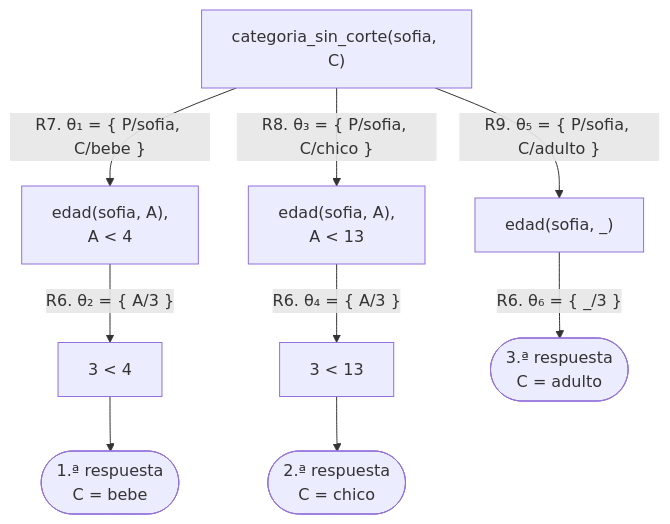
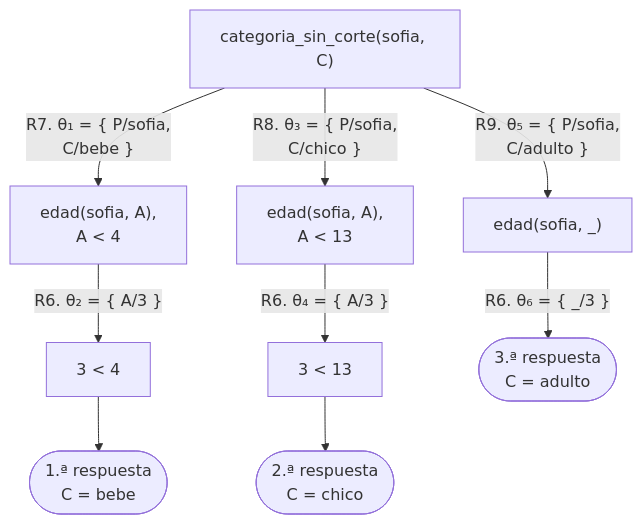
One commit to CesarBallardini/curso-de-prolog changed the first of 4 diagrams in docs/capitulo-09-backtracking-y-corte/index.md. Above: the diagram before and after it, drawn with Mermaid. The commit also changed other lines of this file and 24 other files, not shown here.

First line of the commit message:
feat(docs): botones para ocultar las columnas laterales y etiquetas cortas en los diagramas

````diff
--- a/docs/capitulo-09-backtracking-y-corte/index.md
+++ b/docs/capitulo-09-backtracking-y-corte/index.md
@@ -94,11 +94,11 @@
 ```mermaid
 flowchart TD
-    A["categoria_sin_corte(sofia, C)"] -- "R7. θ₁ = {&nbsp;P/sofia, C/bebe&nbsp;}" --> B["edad(sofia, A),<br/>A < 4"]
-    A -- "R8. θ₃ = {&nbsp;P/sofia, C/chico&nbsp;}" --> C["edad(sofia, A),<br/>A < 13"]
-    A -- "R9. θ₅ = {&nbsp;P/sofia, C/adulto&nbsp;}" --> D["edad(sofia, _)"]
+    A["categoria_sin_corte(sofia, C)"] -- "R7. θ₁ = {&nbsp;P/sofia,<br/>C/bebe&nbsp;}" --> B["edad(sofia, A),<br/>A < 4"]
+    A -- "R8. θ₃ = {&nbsp;P/sofia,<br/>C/chico&nbsp;}" --> C["edad(sofia, A),<br/>A < 13"]
+    A -- "R9. θ₅ = {&nbsp;P/sofia,<br/>C/adulto&nbsp;}" --> D["edad(sofia, _)"]
     B -- "R6. θ₂ = {&nbsp;A/3&nbsp;}" --> B2["3 < 4"]
     B2 --> S1(["1.ª respuesta<br/>C = bebe"])
     C -- "R6. θ₄ = {&nbsp;A/3&nbsp;}" --> C2["3 < 13"]
     C2 --> S2(["2.ª respuesta<br/>C = chico"])
     D -- "R6. θ₆ = {&nbsp;_/3&nbsp;}" --> S3(["3.ª respuesta<br/>C = adulto"])
 ```
````
